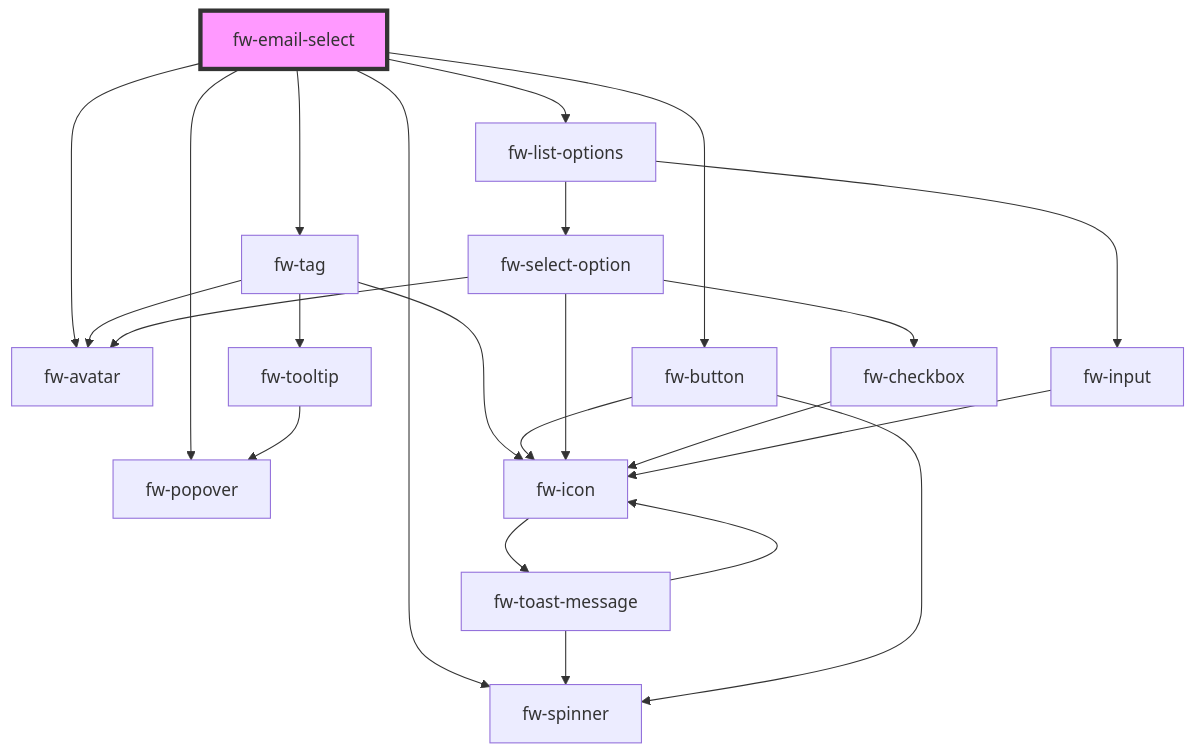
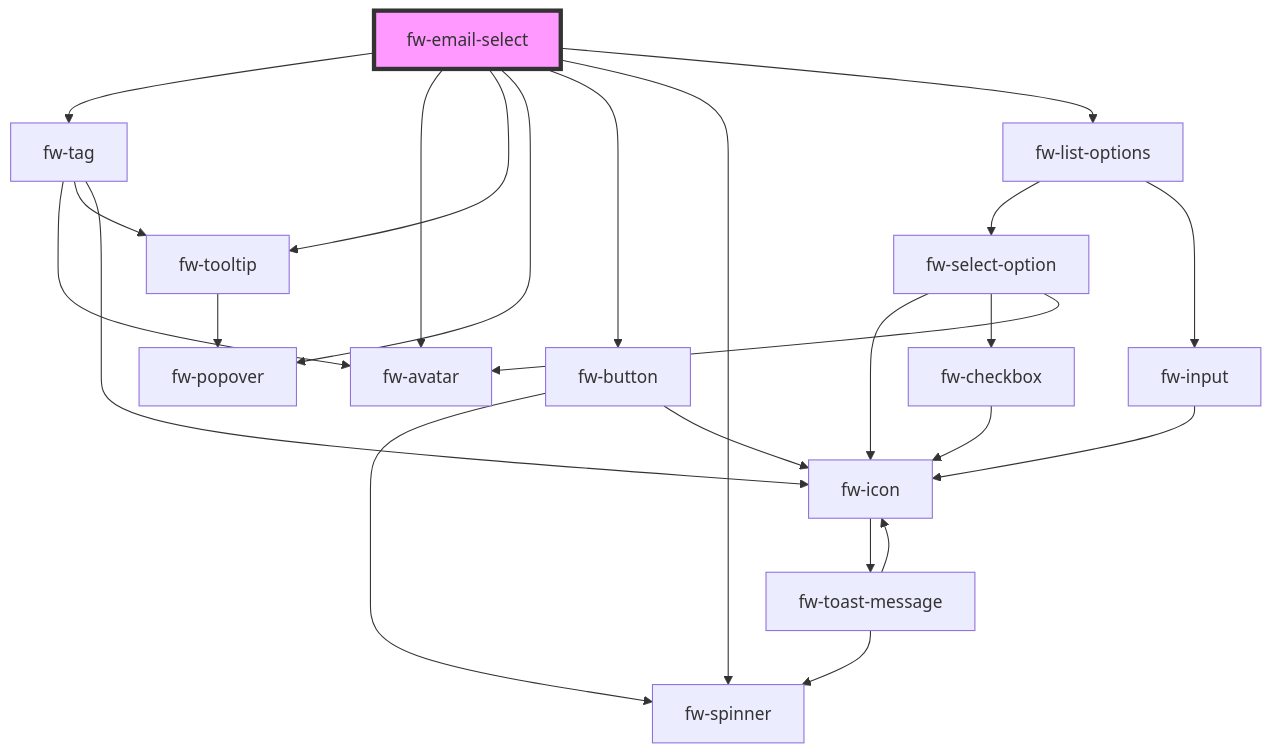
Before and after one commit to freshworks/crayons: the diagram in packages/crayons-core/src/components/email-select/readme.md, drawn with Mermaid. The commit also changed other lines of this file and 13 other files, not shown here.

````diff
--- a/packages/crayons-core/src/components/email-select/readme.md
+++ b/packages/crayons-core/src/components/email-select/readme.md
@@ -79,26 +91,27 @@
 ```mermaid
 graph TD;
   fw-email-select --> fw-tag
   fw-email-select --> fw-avatar
+  fw-email-select --> fw-tooltip
   fw-email-select --> fw-popover
   fw-email-select --> fw-button
   fw-email-select --> fw-spinner
   fw-email-select --> fw-list-options
   fw-tag --> fw-avatar
   fw-tag --> fw-tooltip
   fw-tag --> fw-icon
   fw-tooltip --> fw-popover
   fw-icon --> fw-toast-message
   fw-toast-message --> fw-spinner
   fw-toast-message --> fw-icon
   fw-button --> fw-spinner
   fw-button --> fw-icon
   fw-list-options --> fw-select-option
   fw-list-options --> fw-input
   fw-select-option --> fw-icon
   fw-select-option --> fw-checkbox
   fw-select-option --> fw-avatar
   fw-checkbox --> fw-icon
   fw-input --> fw-icon
   style fw-email-select fill:#f9f,stroke:#333,stroke-width:4px
 ```
````
